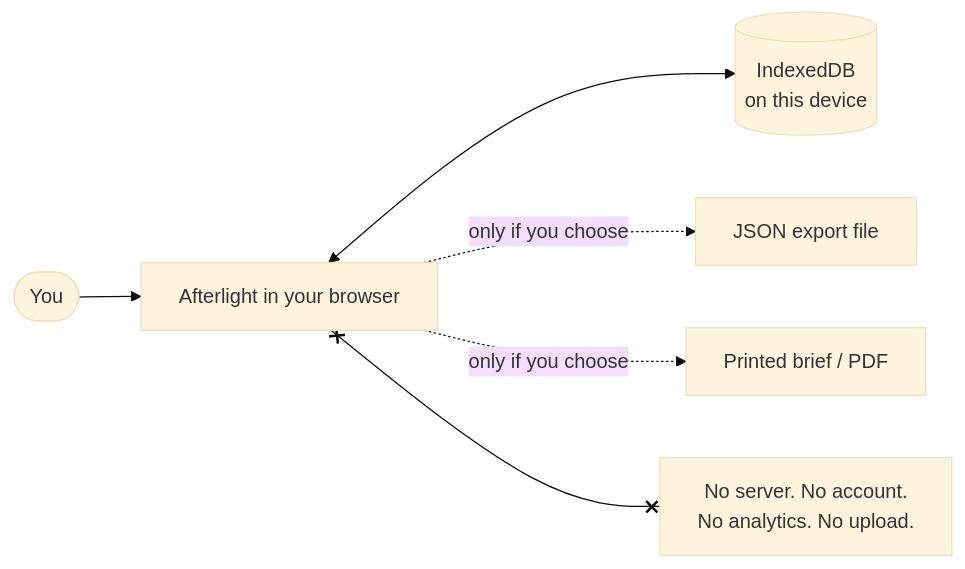
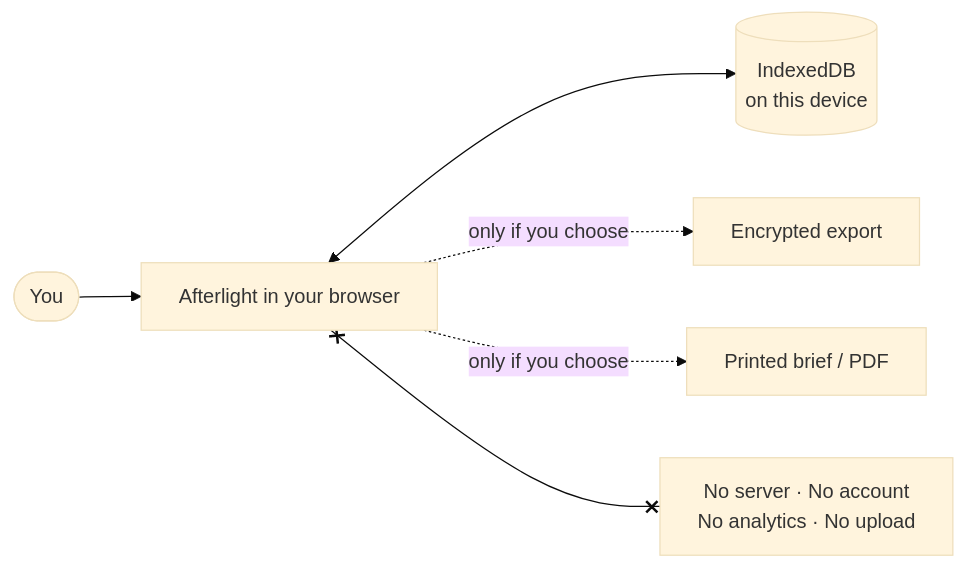
Before and after one commit to tanueihorng/afterlight: the diagram in README.md, drawn with Mermaid (base theme). The commit also changed other lines of this file and 7 other files, not shown here.

````diff
--- a/README.md
+++ b/README.md
@@ -144,8 +223,8 @@
 ```mermaid
 flowchart LR
     You([You]) --> App[Afterlight in your browser]
     App <--> DB[(IndexedDB<br/>on this device)]
-    App -.->|only if you choose| Export[JSON export file]
+    App -.->|only if you choose| Export[Encrypted export]
     App -.->|only if you choose| Print[Printed brief / PDF]
-    App x--x Cloud[No server. No account.<br/>No analytics. No upload.]
+    App x--x Cloud[No server · No account<br/>No analytics · No upload]
 ```
````
